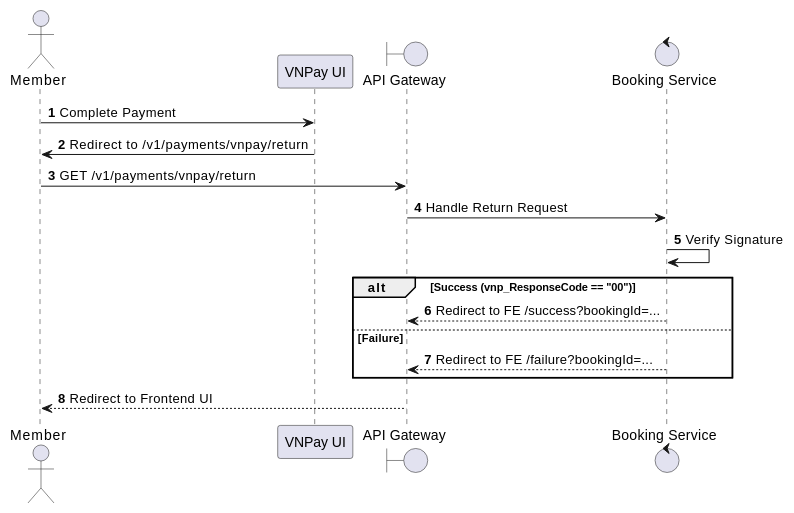
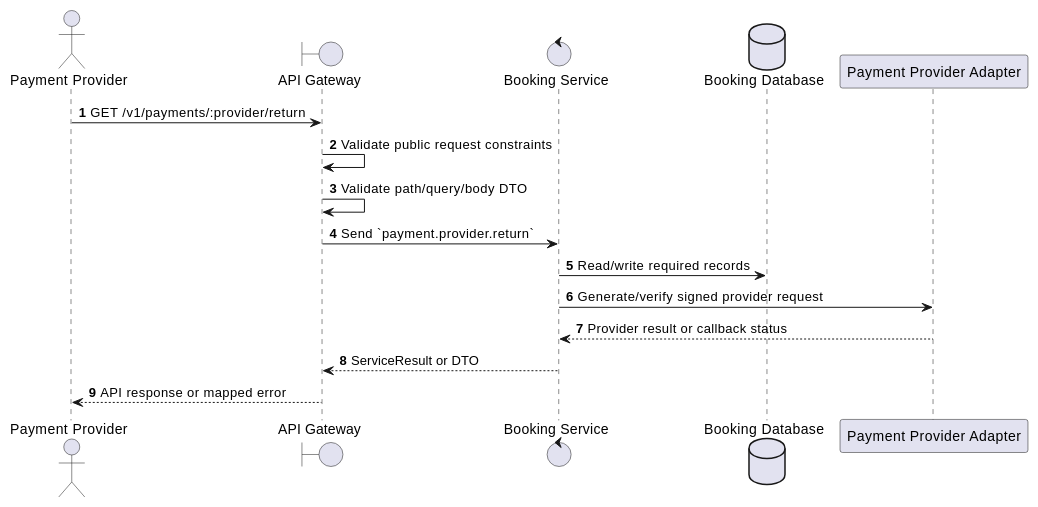
One commit to Tanh1603/movie-hub-architecture changed the first of 2 diagrams in docs/functional_specs/3.6_Payment_Transaction_Module/PY-05_VNPay_Return_URL.md. Above: the diagram before and after it, drawn with PlantUML. The commit also changed other lines of this file and 126 other files, not shown here.

````diff
--- a/docs/functional_specs/3.6_Payment_Transaction_Module/PY-05_VNPay_Return_URL.md
+++ b/docs/functional_specs/3.6_Payment_Transaction_Module/PY-05_VNPay_Return_URL.md
@@ -17,21 +17,20 @@
 ```plantuml
 @startuml
 autonumber
-actor Member
-participant "VNPay UI" as VNPay
+actor "Payment Provider" as Actor
 boundary "API Gateway" as GW
-control "Booking Service" as BS
+control "Booking Service" as SVC
+database "Booking Database" as DB
+participant "Payment Provider Adapter" as Provider
 
-Member -> VNPay: Complete Payment
-VNPay -> Member: Redirect to /v1/payments/vnpay/return
-Member -> GW: GET /v1/payments/vnpay/return
-GW -> BS: Handle Return Request
-BS -> BS: Verify Signature
-alt Success (vnp_ResponseCode == "00")
-    BS --> GW: Redirect to FE /success?bookingId=...
-else Failure
-    BS --> GW: Redirect to FE /failure?bookingId=...
-end
-GW --> Member: Redirect to Frontend UI
+Actor -> GW: GET /v1/payments/:provider/return
+GW -> GW: Validate public request constraints
+GW -> GW: Validate path/query/body DTO
+GW -> SVC: Send `payment.provider.return`
+SVC -> DB: Read/write required records
+SVC -> Provider: Generate/verify signed provider request
+Provider --> SVC: Provider result or callback status
+SVC --> GW: ServiceResult or DTO
+GW --> Actor: API response or mapped error
 @enduml
 ```
````
